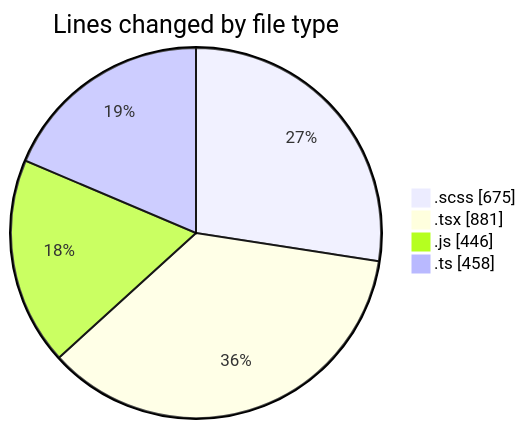
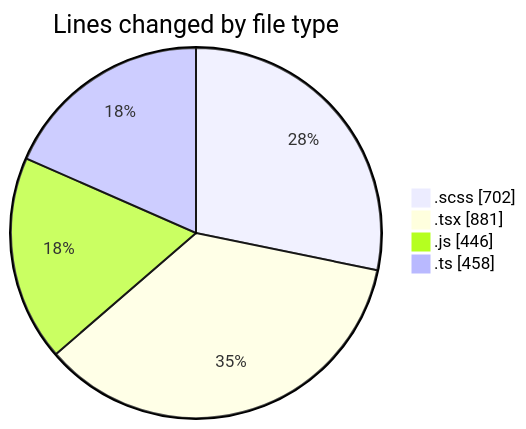
The first of 2 diagrams in 2025-03-14/cda/README.md (momahboobian/code-tracking), drawn with Mermaid before and after one commit. The commit also changed other lines of this file and 1 other file, not shown here.

````diff
--- a/2025-03-14/cda/README.md
+++ b/2025-03-14/cda/README.md
@@ -34,8 +34,8 @@
 ```mermaid
 pie showData
 title Lines changed by file type
-".scss" : 675
+".scss" : 702
 ".tsx" : 881
 ".js" : 446
 ".ts" : 458
 ```
````
